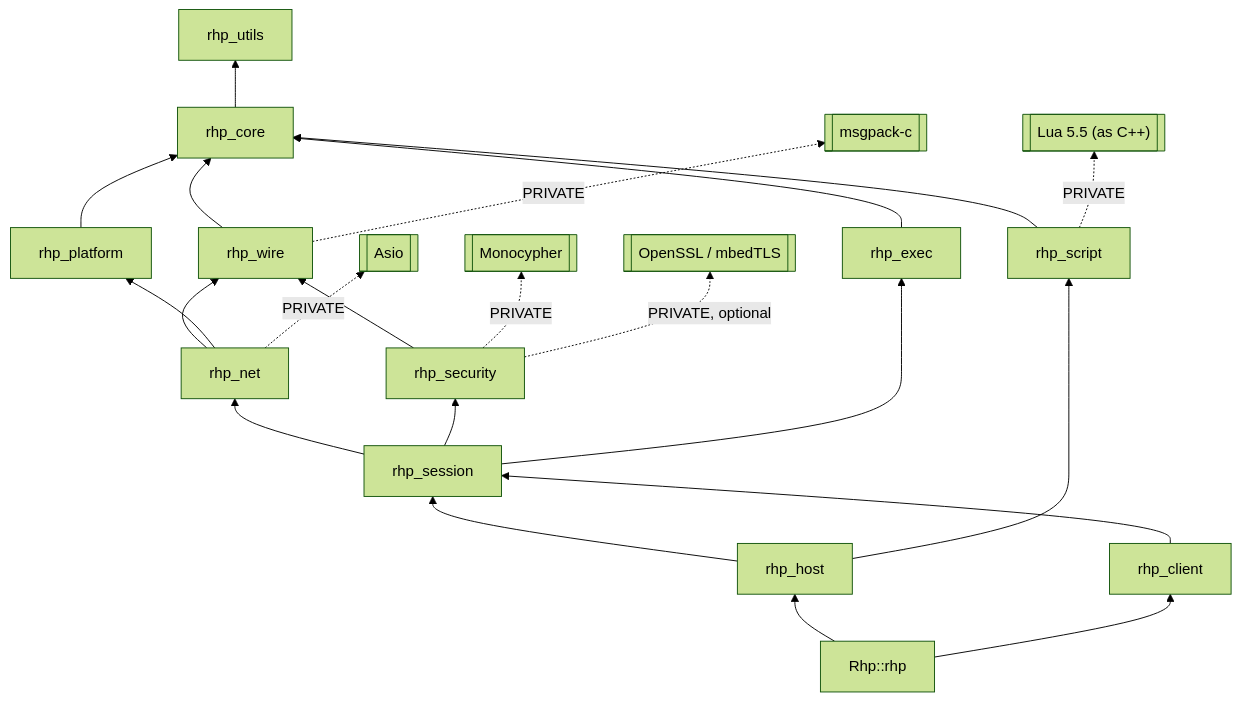
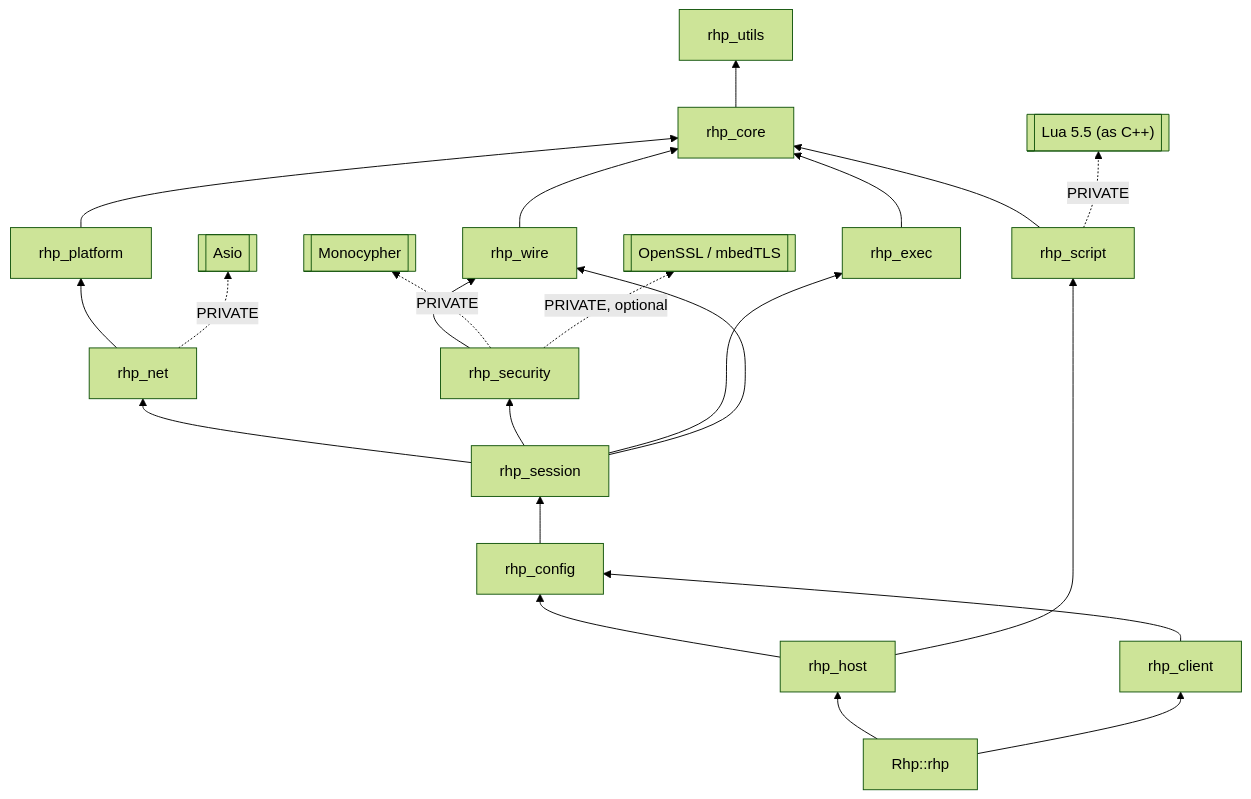
One commit to tonytranrp/RHP changed diagram 13 of 15 in Docs/ARCHITECTURE.md. Above: the diagram before and after it, drawn with Mermaid (forest theme). The commit also changed other lines of this file and 8 other files, not shown here.

````diff
--- a/Docs/ARCHITECTURE.md
+++ b/Docs/ARCHITECTURE.md
@@ -902,25 +920,25 @@
 ```mermaid
 flowchart BT
     utils["rhp_utils"]
     core["rhp_core"] --> utils
     platform["rhp_platform"] --> core
     wire["rhp_wire"] --> core
-    wire -. PRIVATE .-> msgpack[["msgpack-c"]]
     script["rhp_script"] --> core
     script -. PRIVATE .-> lua[["Lua 5.5 (as C++)"]]
-    net["rhp_net"] --> wire
-    net --> platform
+    net["rhp_net"] --> platform
     net -. PRIVATE .-> asio[["Asio"]]
     sec["rhp_security"] --> wire
     sec -. PRIVATE .-> mono[["Monocypher"]]
     sec -. PRIVATE, optional .-> tls[["OpenSSL / mbedTLS"]]
     exec["rhp_exec"] --> core
     session["rhp_session"] --> net
     session --> sec
     session --> exec
-    host["rhp_host"] --> session
+    session --> wire
+    config["rhp_config"] --> session
+    host["rhp_host"] --> config
     host --> script
-    client["rhp_client"] --> session
+    client["rhp_client"] --> config
     rhp["Rhp::rhp"] --> host
     rhp --> client
 ```
````
